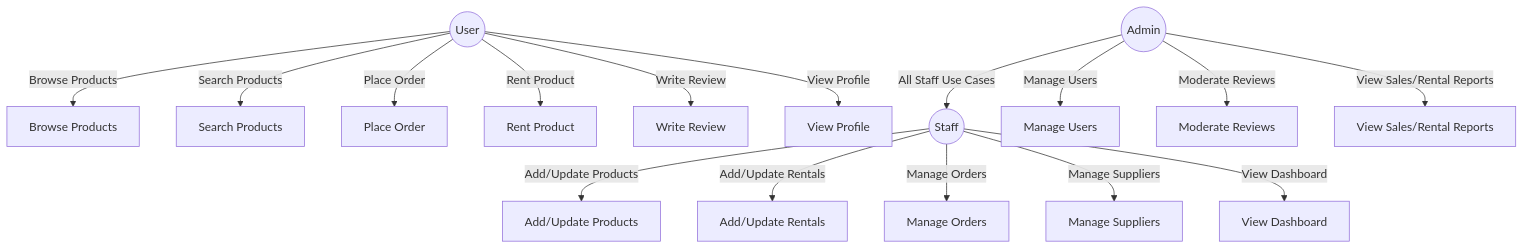
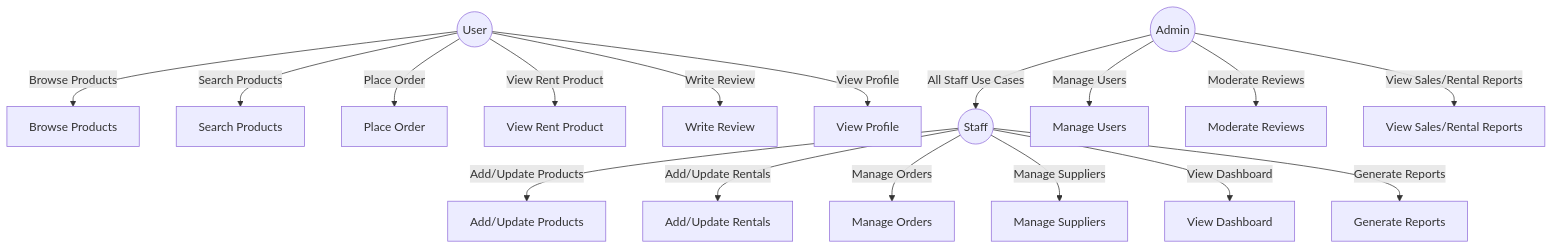
Before and after one commit to Mathura-skr/Thangam-Client: the first of 3 diagrams in README.md, drawn with Mermaid. The commit also changed other lines of this file, not shown here.

````diff
--- a/README.md
+++ b/README.md
@@ -39,25 +39,30 @@
 ```mermaid
 
 graph TD
   User((User))
   Staff((Staff))
   Admin((Admin))
 
+  %% User Actions
   User -- Browse Products --> BP[Browse Products]
   User -- Search Products --> SP[Search Products]
   User -- Place Order --> PO[Place Order]
-  User -- Rent Product --> RP[Rent Product]
+  User -- View Rent Product --> RP[View Rent Product]
   User -- Write Review --> WR[Write Review]
   User -- View Profile --> VP[View Profile]
 
+  %% Staff Actions
   Staff -- Add/Update Products --> AUP[Add/Update Products]
   Staff -- Add/Update Rentals --> AUR[Add/Update Rentals]
   Staff -- Manage Orders --> MO[Manage Orders]
   Staff -- Manage Suppliers --> MS[Manage Suppliers]
   Staff -- View Dashboard --> VD[View Dashboard]
+  Staff -- Generate Reports --> GR[Generate Reports]
 
+  %% Admin Actions
   Admin -- All Staff Use Cases --> Staff
   Admin -- Manage Users --> MU[Manage Users]
   Admin -- Moderate Reviews --> MR[Moderate Reviews]
   Admin -- View Sales/Rental Reports --> SRR[View Sales/Rental Reports]
+
 ```
````
